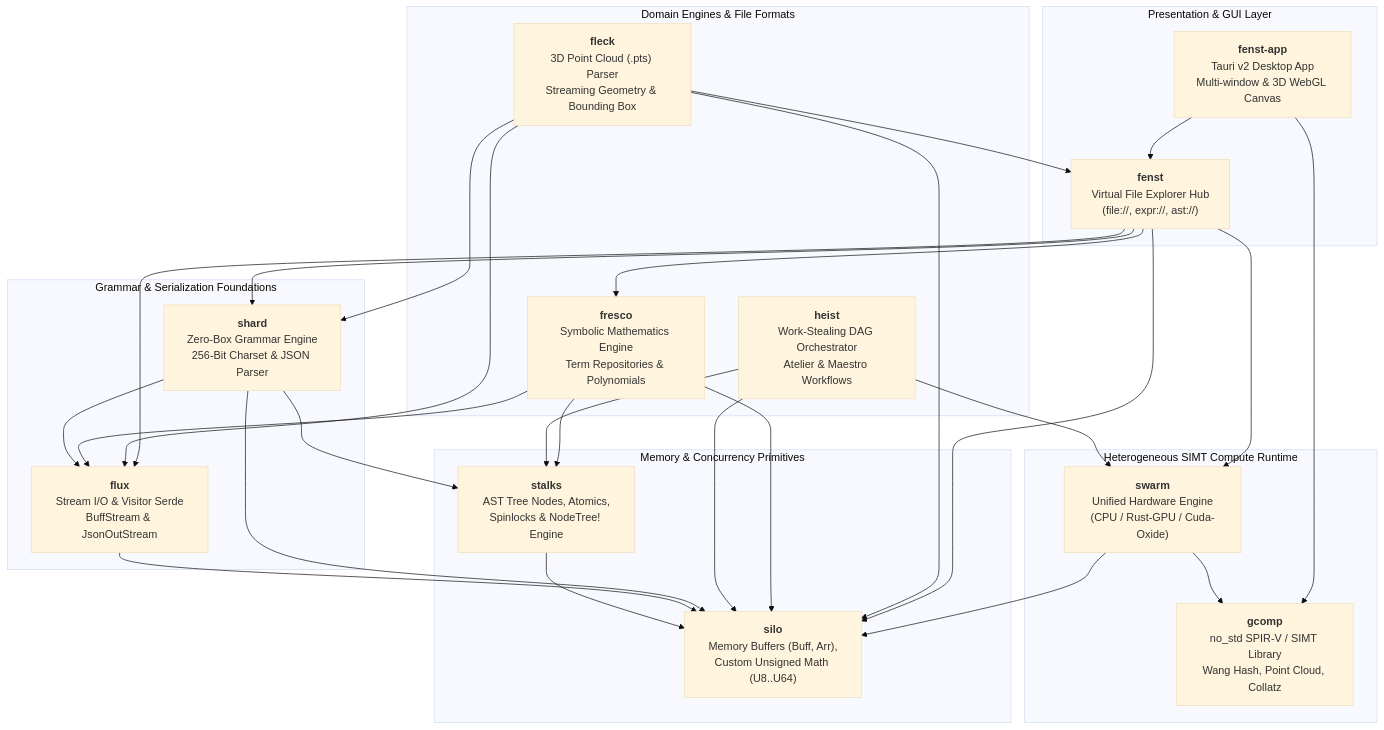
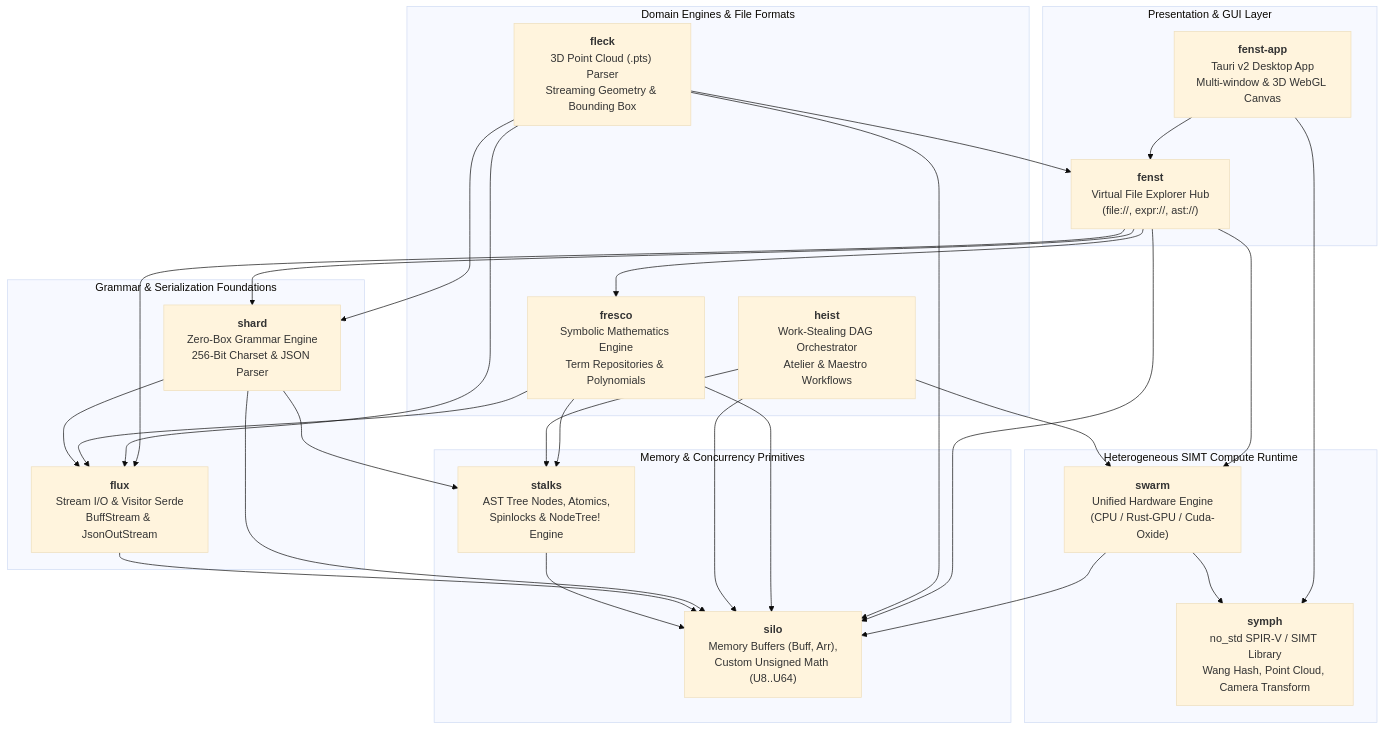
The diagram in README.md (jswarup/Kosh), drawn with Mermaid (base theme) before and after one commit. The commit also changed other lines of this file and 12 other files, not shown here.

Commit message:
Rename gcomp crate and subsystem to symph

````diff
--- a/README.md
+++ b/README.md
@@ -14,59 +14,59 @@
 ```mermaid
 graph TD
     subgraph AppLayer ["Presentation & GUI Layer"]
         FenstApp["<b>fenst-app</b><br/>Tauri v2 Desktop App<br/>Multi-window & 3D WebGL Canvas"]
         Fenst["<b>fenst</b><br/>Virtual File Explorer Hub<br/>(file://, expr://, ast://)"]
     end
 
     subgraph DomainLayer ["Domain Engines & File Formats"]
         Fleck["<b>fleck</b><br/>3D Point Cloud (.pts) Parser<br/>Streaming Geometry & Bounding Box"]
         Fresco["<b>fresco</b><br/>Symbolic Mathematics Engine<br/>Term Repositories & Polynomials"]
         Heist["<b>heist</b><br/>Work-Stealing DAG Orchestrator<br/>Atelier & Maestro Workflows"]
     end
 
     subgraph ComputeLayer ["Heterogeneous SIMT Compute Runtime"]
         Swarm["<b>swarm</b><br/>Unified Hardware Engine<br/>(CPU / Rust-GPU / Cuda-Oxide)"]
-        GComp["<b>gcomp</b><br/>no_std SPIR-V / SIMT Library<br/>Wang Hash, Point Cloud, Collatz"]
+        Symph["<b>symph</b><br/>no_std SPIR-V / SIMT Library<br/>Wang Hash, Point Cloud, Camera Transform"]
     end
 
     subgraph CoreLayer ["Grammar & Serialization Foundations"]
         Shard["<b>shard</b><br/>Zero-Box Grammar Engine<br/>256-Bit Charset & JSON Parser"]
         Flux["<b>flux</b><br/>Stream I/O & Visitor Serde<br/>BuffStream & JsonOutStream"]
     end
 
     subgraph BaseLayer ["Memory & Concurrency Primitives"]
         Stalks["<b>stalks</b><br/>AST Tree Nodes, Atomics,<br/>Spinlocks & NodeTree! Engine"]
         Silo["<b>silo</b><br/>Memory Buffers (Buff, Arr),<br/>Custom Unsigned Math (U8..U64)"]
     end
 
     FenstApp --> Fenst
-    FenstApp --> GComp
+    FenstApp --> Symph
     Fenst --> Silo
     Fenst --> Flux
     Fenst --> Swarm
     Fenst --> Fresco
     Fenst --> Shard
 
     Fleck --> Shard
     Fleck --> Silo
     Fleck --> Flux
     Fleck --> Fenst
 
     Fresco --> Silo
     Fresco --> Flux
     Fresco --> Stalks
 
     Heist --> Silo
     Heist --> Stalks
     Heist --> Swarm
 
     Swarm --> Silo
-    Swarm --> GComp
+    Swarm --> Symph
 
     Shard --> Silo
     Shard --> Stalks
     Shard --> Flux
 
     Flux --> Silo
     Stalks --> Silo
 ```
````
